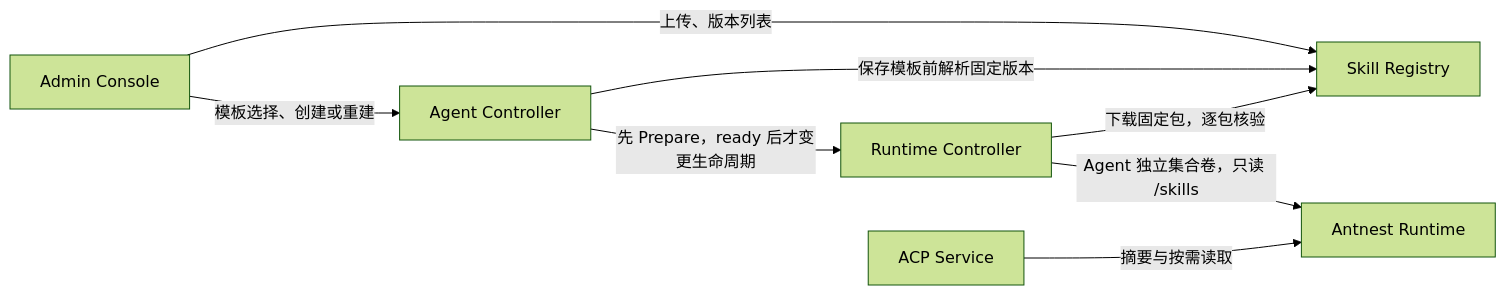
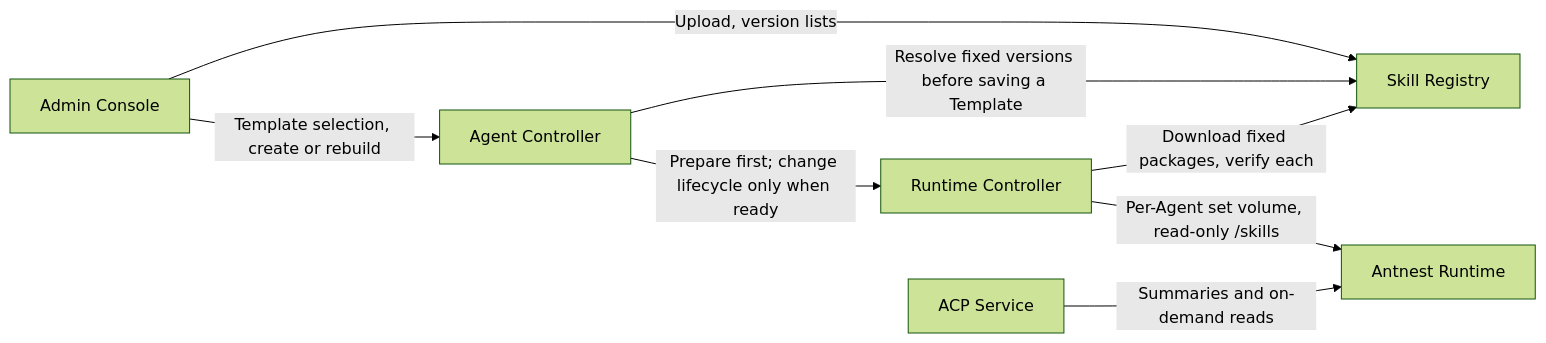
The first of 2 diagrams in docs/skill-registry-minimal-design.md (tf4fun/antnest-platform), drawn with Mermaid (forest theme) before and after one commit. The commit also changed other lines of this file and 173 other files, not shown here.

````diff
--- a/docs/skill-registry-minimal-design.md
+++ b/docs/skill-registry-minimal-design.md
@@ -131,10 +86,10 @@
 ```mermaid
 flowchart LR
-    UI["Admin Console"] -->|"上传、版本列表"| SR["Skill Registry"]
-    UI -->|"模板选择、创建或重建"| AC["Agent Controller"]
-    AC -->|"保存模板前解析固定版本"| SR
-    AC -->|"先 Prepare，ready 后才变更生命周期"| RC["Runtime Controller"]
-    RC -->|"下载固定包，逐包核验"| SR
-    RC -->|"Agent 独立集合卷，只读 /skills"| RT["Antnest Runtime"]
-    ACP["ACP Service"] -->|"摘要与按需读取"| RT
+    UI["Admin Console"] -->|"Upload, version lists"| SR["Skill Registry"]
+    UI -->|"Template selection, create or rebuild"| AC["Agent Controller"]
+    AC -->|"Resolve fixed versions before saving a Template"| SR
+    AC -->|"Prepare first; change lifecycle only when ready"| RC["Runtime Controller"]
+    RC -->|"Download fixed packages, verify each"| SR
+    RC -->|"Per-Agent set volume, read-only /skills"| RT["Antnest Runtime"]
+    ACP["ACP Service"] -->|"Summaries and on-demand reads"| RT
 ```
````
